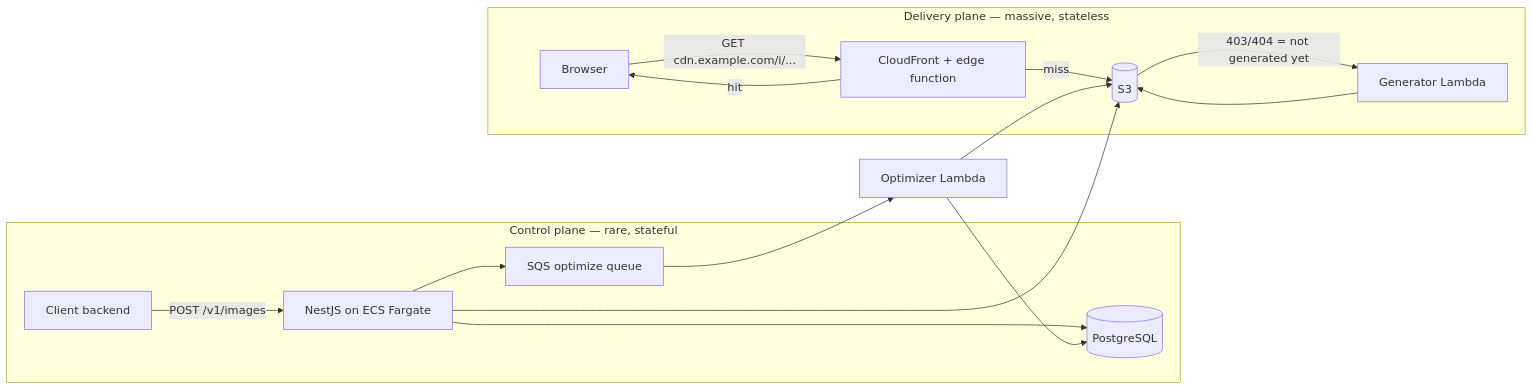
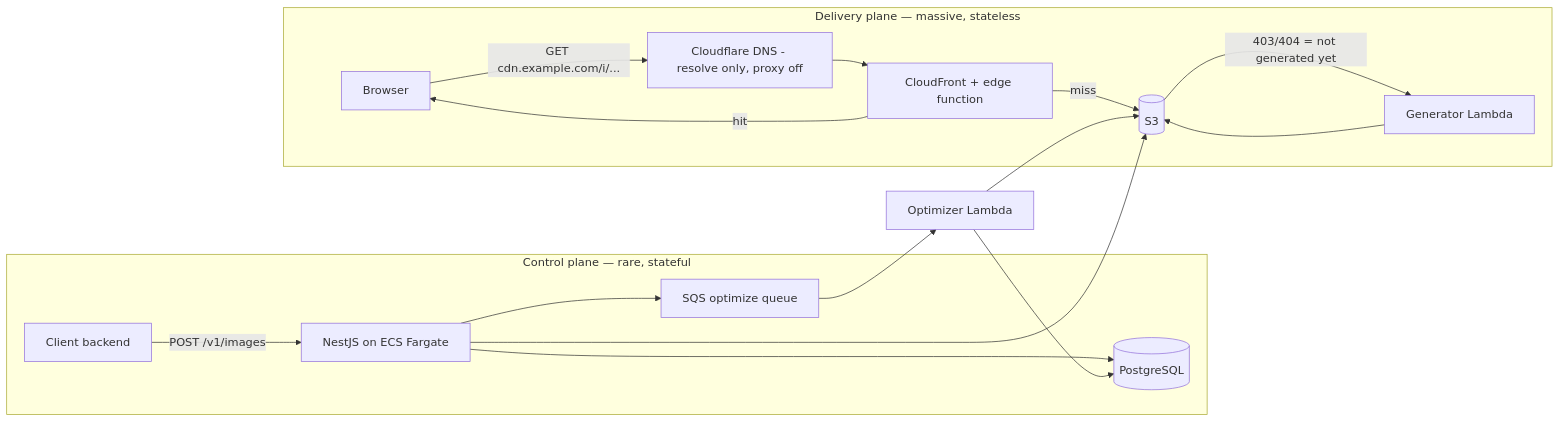
One commit to programmer-nur/image-optimization changed the first of 3 diagrams in docs/architecture.md. Above: the diagram before and after it, drawn with Mermaid. The commit also changed other lines of this file and 74 other files, not shown here.

````diff
--- a/docs/architecture.md
+++ b/docs/architecture.md
@@ -12,19 +12,20 @@
 ```mermaid
 flowchart LR
     subgraph Control["Control plane — rare, stateful"]
         A[Client backend] -->|"POST /v1/images"| B[NestJS on ECS Fargate]
         B --> C[(PostgreSQL)]
         B --> D[SQS optimize queue]
     end
     subgraph Delivery["Delivery plane — massive, stateless"]
-        E[Browser] -->|"GET cdn.example.com/i/..."| F[CloudFront + edge function]
+        E[Browser] -->|"GET cdn.example.com/i/..."| CF[Cloudflare DNS - resolve only, proxy off]
+        CF --> F[CloudFront + edge function]
         F -->|hit| E
         F -->|miss| G[(S3)]
         G -->|"403/404 = not generated yet"| H[Generator Lambda]
         H --> G
     end
     B --> G
     D --> I[Optimizer Lambda]
     I --> G
     I --> C
 ```
````
